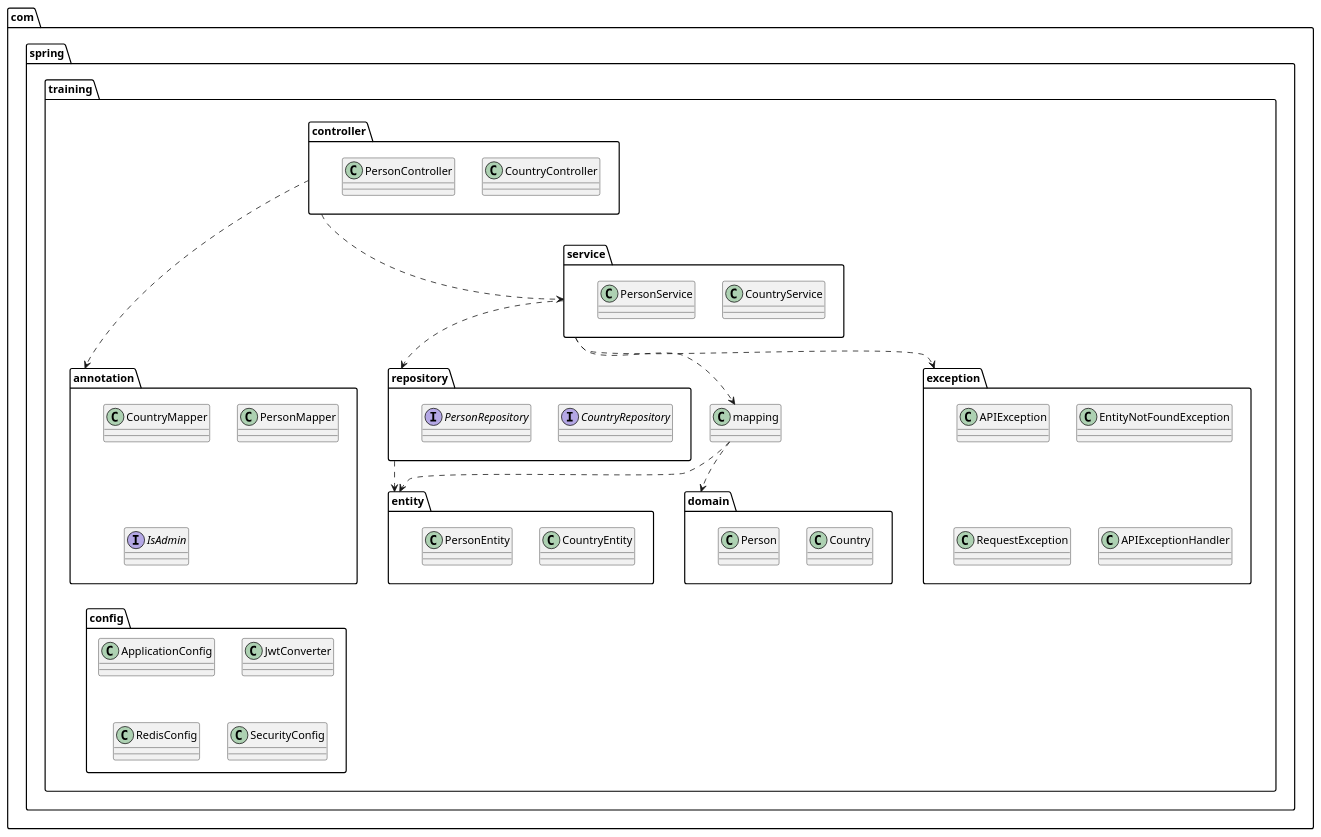
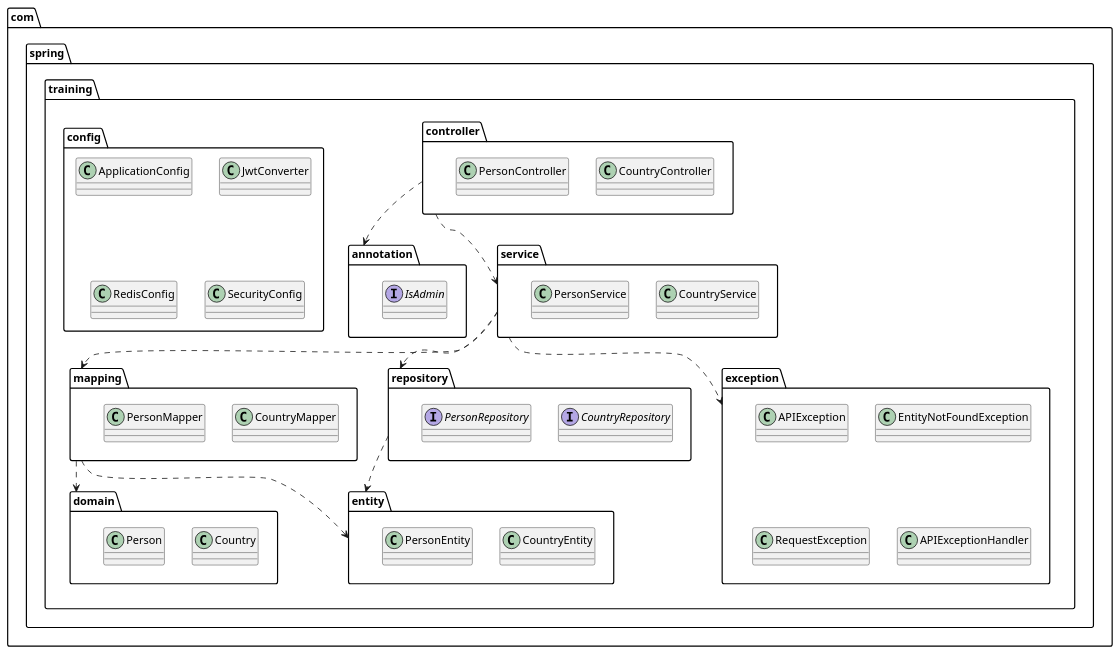
One commit to laminba2003/spring-rest-services changed the first of 5 diagrams in src/main/asciidoc/index.adoc. Above: the diagram before and after it, drawn with PlantUML.

Commit message:
improvements

```diff
--- a/src/main/asciidoc/index.adoc
+++ b/src/main/asciidoc/index.adoc
@@ -26,62 +26,62 @@
 [plantuml, Package-diagram, png]
 ----
 
 package com.spring.training.domain {
     class Country
     class Person
 }
 
 package com.spring.training.entity {
     class CountryEntity
     class PersonEntity
 }
 
-package com.spring.training.annotation {
+package com.spring.training.mapping {
     class CountryMapper
     class PersonMapper
 }
 
 package com.spring.training.repository {
     interface CountryRepository
     interface PersonRepository
 }
 
 package com.spring.training.exception {
     class APIException
     class EntityNotFoundException
     class RequestException
     class APIExceptionHandler
 }
 
 package com.spring.training.service {
     class CountryService
     class PersonService
 }
 
 package com.spring.training.controller {
     class CountryController
     class PersonController
 }
 
 package com.spring.training.config {
     class ApplicationConfig
     class JwtConverter
     class RedisConfig
     class SecurityConfig
 }
 
 
 package com.spring.training.annotation {
     interface IsAdmin
 }
 
 com.spring.training.mapping ..> com.spring.training.domain
 com.spring.training.mapping ..> com.spring.training.entity
 com.spring.training.repository ..> com.spring.training.entity
 com.spring.training.service ..> com.spring.training.repository
 com.spring.training.service ..> com.spring.training.exception
 com.spring.training.service ..> com.spring.training.mapping
 com.spring.training.controller ..> com.spring.training.service
 com.spring.training.controller ..> com.spring.training.annotation
 
 ----
```
